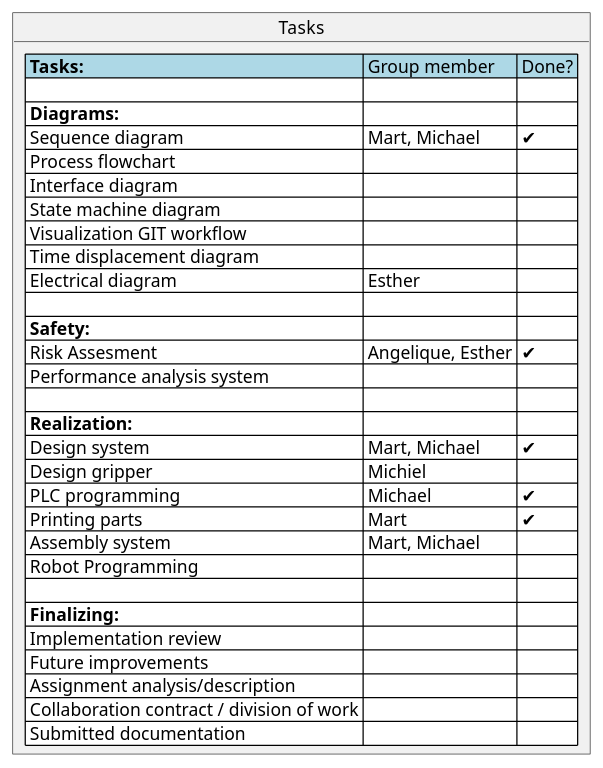
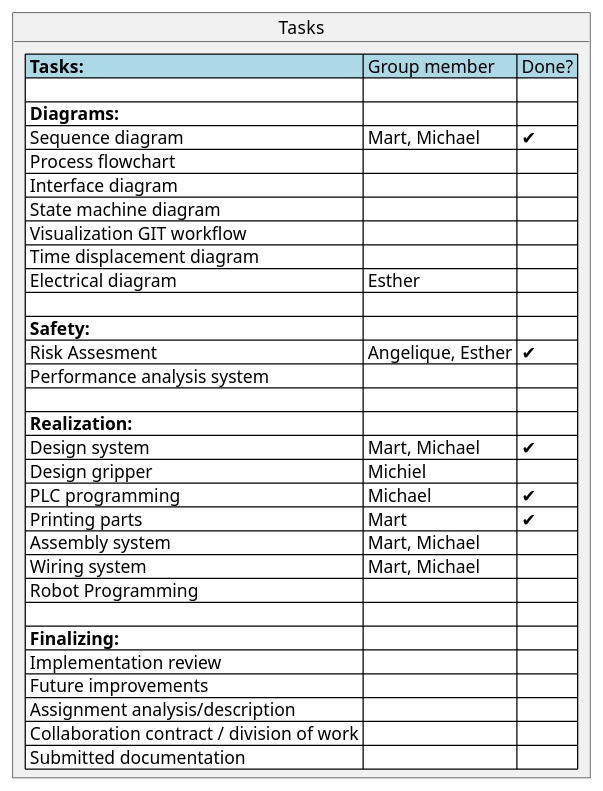
The diagram in task.puml (esther2022-byte/Process-and-Safety), drawn with PlantUML before and after one commit. The commit also changed 8 other files, not shown here.

```diff
--- a/task.puml
+++ b/task.puml
@@ -1,35 +1,36 @@
 @startuml Tasks
 object Tasks {
     <#lightblue>|= Tasks: | Group member | Done? |
     <#white>| |
     <#white>|= Diagrams: | |
     <#white>| Sequence diagram | Mart, Michael | ✔|
     <#white>| Process flowchart | | |
     <#white>| Interface diagram | | |
     <#white>| State machine diagram | | |
     <#white>| Visualization GIT workflow | | |
     <#white>| Time displacement diagram | | |
     <#white>| Electrical diagram | Esther | |
     <#white>| |
     <#white>|= Safety: | | 
     <#white>| Risk Assesment | Angelique, Esther | ✔ |
     <#white>| Performance analysis system | | |
     <#white>| |
     <#white>|= Realization: | | 
     <#white>| Design system | Mart, Michael| ✔ |
     <#white>| Design gripper | Michiel | |
     <#white>| PLC programming | Michael | ✔ |
     <#white>| Printing parts | Mart | ✔ |
     <#white>| Assembly system | Mart, Michael | |
+    <#white>| Wiring system | Mart, Michael | |
     <#white>| Robot Programming | | |
     <#white>| |
     <#white>|= Finalizing: | |
     <#white>| Implementation review | | |
     <#white>| Future improvements | | |
     <#white>| Assignment analysis/description | | |
     <#white>| Collaboration contract / division of work | | |
     <#white>| Submitted documentation | | | 
 
   
 }
 @enduml
```
